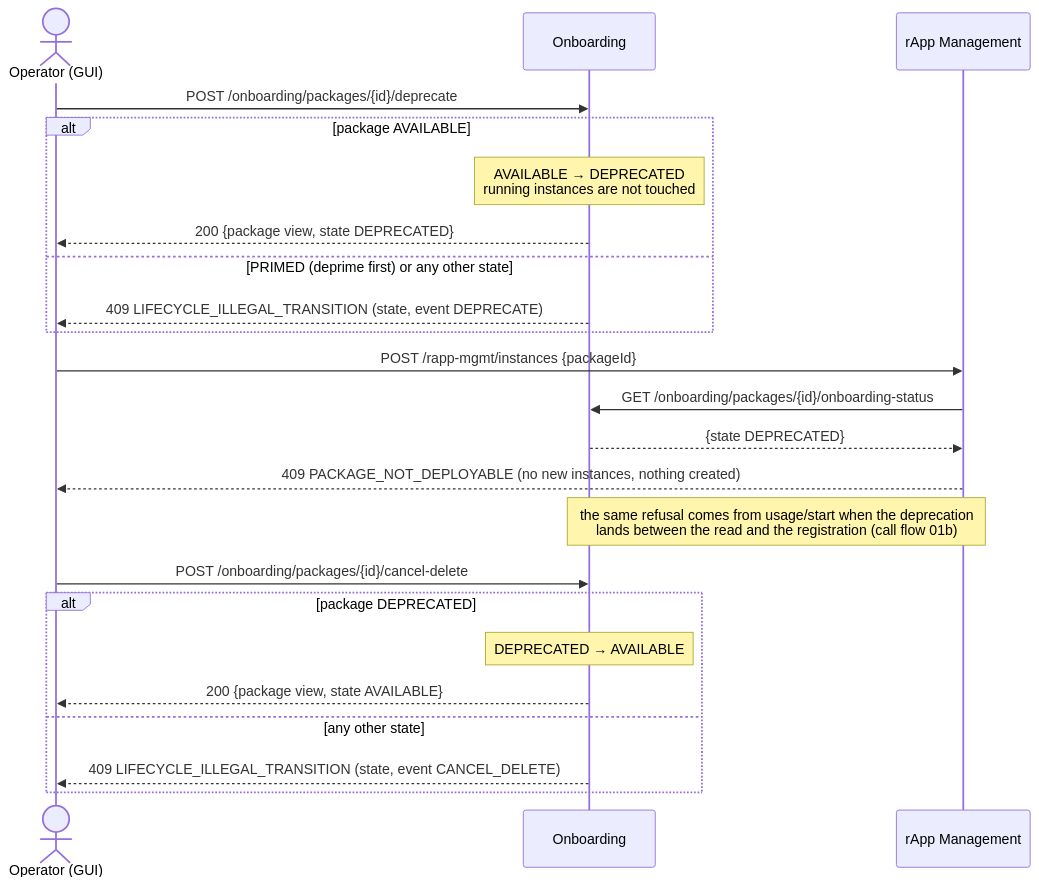
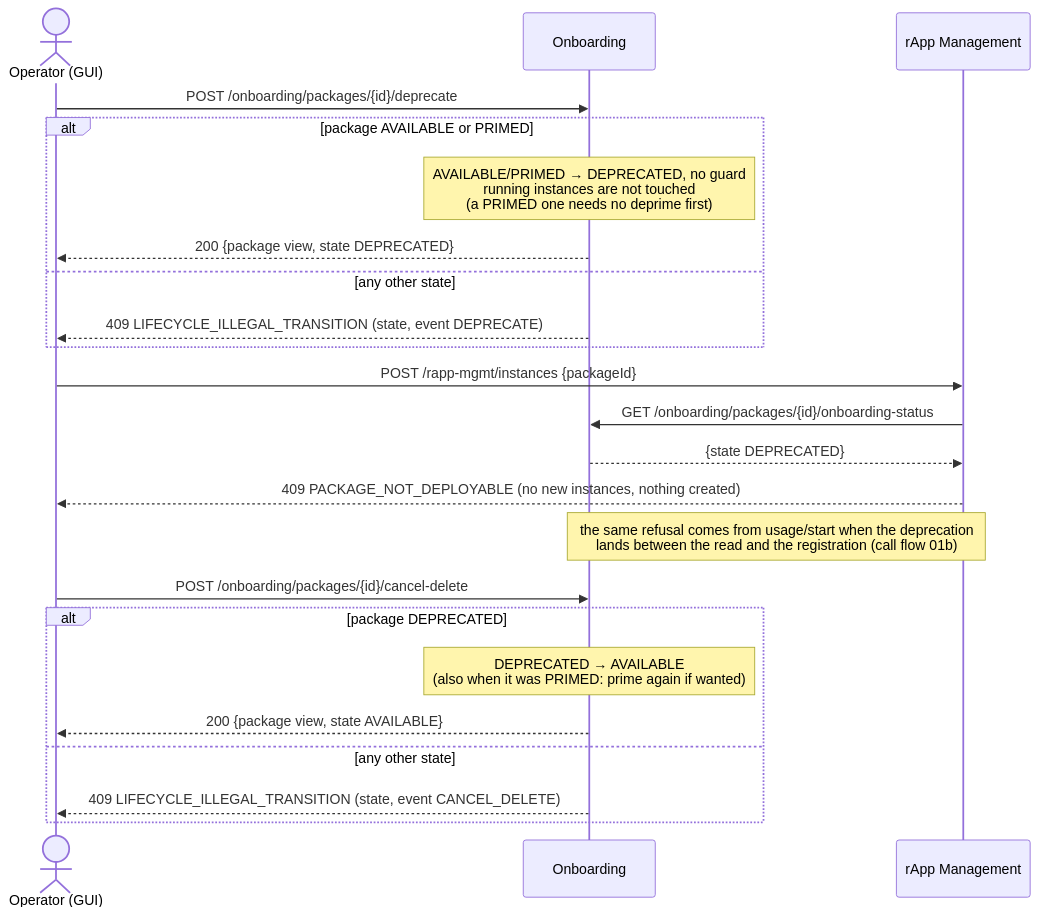
Before and after one commit to rsys-bshankar/ai-ran-smo: the second of 4 diagrams in smo/docs/call-flows/06-package-lifecycle.md, drawn with Mermaid. The commit also changed other lines of this file and 16 other files, not shown here.

First line of the commit message:
Package lifecycle: a PRIMED package can be deprecated (DOC-CF-1.2 review)

````diff
--- a/smo/docs/call-flows/06-package-lifecycle.md
+++ b/smo/docs/call-flows/06-package-lifecycle.md
@@ -90,28 +90,28 @@
 ```mermaid
 sequenceDiagram
     actor Op as Operator (GUI)
     participant Onb as Onboarding
     participant RM as rApp Management
 
     Op->>Onb: POST /onboarding/packages/{id}/deprecate
-    alt package AVAILABLE
-        Note over Onb: AVAILABLE → DEPRECATED<br/>running instances are not touched
+    alt package AVAILABLE or PRIMED
+        Note over Onb: AVAILABLE/PRIMED → DEPRECATED, no guard<br/>running instances are not touched<br/>(a PRIMED one needs no deprime first)
         Onb-->>Op: 200 {package view, state DEPRECATED}
-    else PRIMED (deprime first) or any other state
+    else any other state
         Onb-->>Op: 409 LIFECYCLE_ILLEGAL_TRANSITION (state, event DEPRECATE)
     end
 
     Op->>RM: POST /rapp-mgmt/instances {packageId}
     RM->>Onb: GET /onboarding/packages/{id}/onboarding-status
     Onb-->>RM: {state DEPRECATED}
     RM-->>Op: 409 PACKAGE_NOT_DEPLOYABLE (no new instances, nothing created)
     Note over RM,Onb: the same refusal comes from usage/start when the deprecation<br/>lands between the read and the registration (call flow 01b)
 
     Op->>Onb: POST /onboarding/packages/{id}/cancel-delete
     alt package DEPRECATED
-        Note over Onb: DEPRECATED → AVAILABLE
+        Note over Onb: DEPRECATED → AVAILABLE<br/>(also when it was PRIMED: prime again if wanted)
         Onb-->>Op: 200 {package view, state AVAILABLE}
     else any other state
         Onb-->>Op: 409 LIFECYCLE_ILLEGAL_TRANSITION (state, event CANCEL_DELETE)
     end
 ```
````
